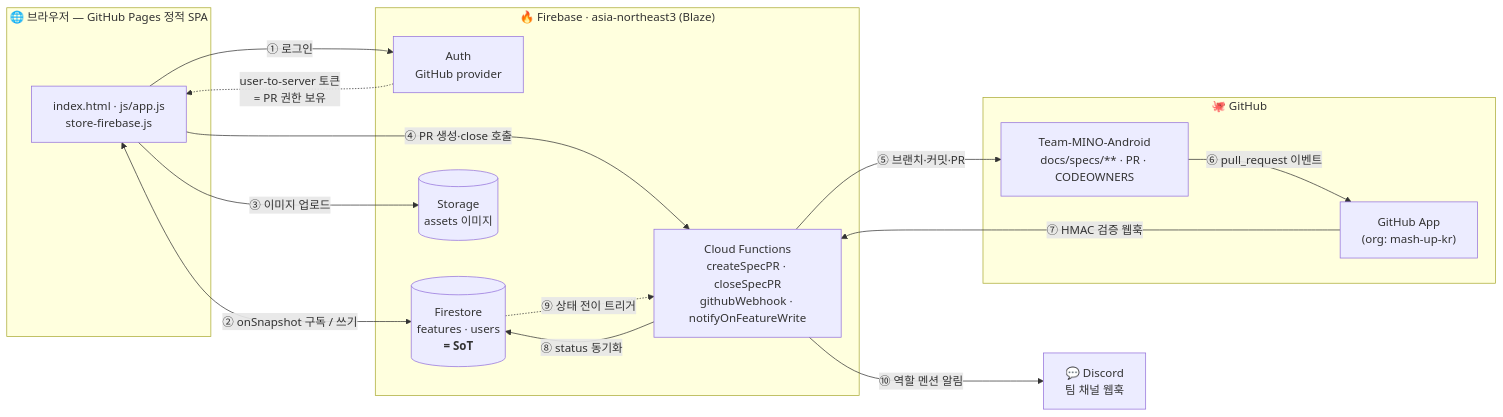
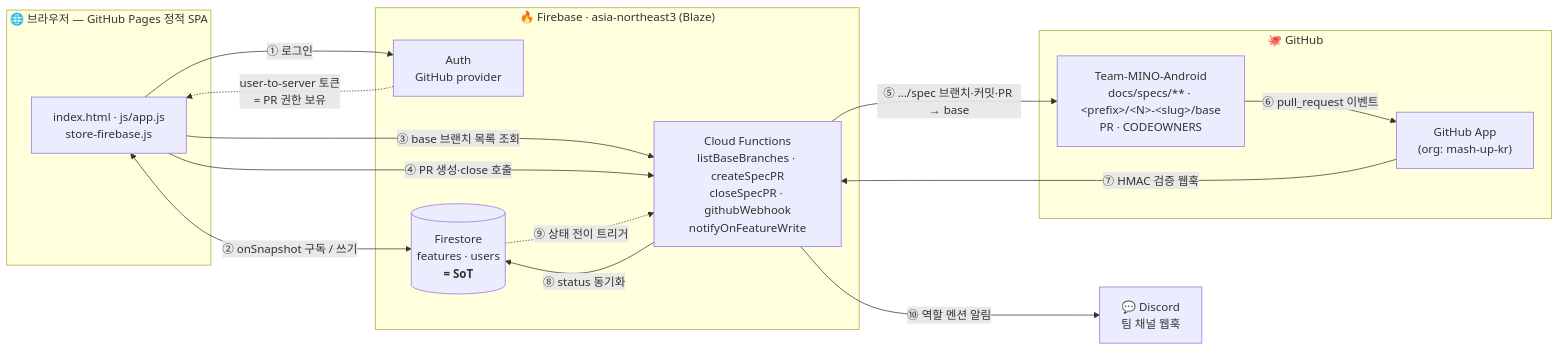
Before and after one commit to mash-up-kr/mino-android-spec-center: the diagram in README.md, drawn with Mermaid. The commit also changed other lines of this file and 24 other files, not shown here.

First line of the commit message:
feat: v3 개편 — 신 spec 템플릿 · plan 단계 폐기 · 이슈 base 브랜치 타겟

````diff
--- a/README.md
+++ b/README.md
@@ -67,32 +68,31 @@
 ```mermaid
 flowchart LR
   subgraph Client["🌐 브라우저 — GitHub Pages 정적 SPA"]
     UI["index.html · js/app.js<br/>store-firebase.js"]
   end
 
   subgraph Firebase["🔥 Firebase · asia-northeast3 (Blaze)"]
     Auth["Auth<br/>GitHub provider"]
     FS[("Firestore<br/>features · users<br/><b>= SoT</b>")]
-    ST[("Storage<br/>assets 이미지")]
-    FN["Cloud Functions<br/>createSpecPR · closeSpecPR<br/>githubWebhook · notifyOnFeatureWrite"]
+    FN["Cloud Functions<br/>listBaseBranches · createSpecPR<br/>closeSpecPR · githubWebhook<br/>notifyOnFeatureWrite"]
   end
 
   subgraph GH["🐙 GitHub"]
     App["GitHub App<br/>(org: mash-up-kr)"]
-    Repo["Team-MINO-Android<br/>docs/specs/** · PR · CODEOWNERS"]
+    Repo["Team-MINO-Android<br/>docs/specs/** · &lt;prefix&gt;/&lt;N&gt;-&lt;slug&gt;/base<br/>PR · CODEOWNERS"]
   end
 
   DC["💬 Discord<br/>팀 채널 웹훅"]
 
   UI -->|① 로그인| Auth
   Auth -.->|user-to-server 토큰<br/>= PR 권한 보유| UI
   UI <-->|② onSnapshot 구독 / 쓰기| FS
-  UI -->|③ 이미지 업로드| ST
+  UI -->|③ base 브랜치 목록 조회| FN
   UI -->|④ PR 생성·close 호출| FN
-  FN -->|⑤ 브랜치·커밋·PR| Repo
+  FN -->|⑤ …/spec 브랜치·커밋·PR → base| Repo
   Repo -->|⑥ pull_request 이벤트| App
   App -->|⑦ HMAC 검증 웹훅| FN
   FN -->|⑧ status 동기화| FS
   FS -.->|⑨ 상태 전이 트리거| FN
   FN -->|⑩ 역할 멘션 알림| DC
 ```
````
